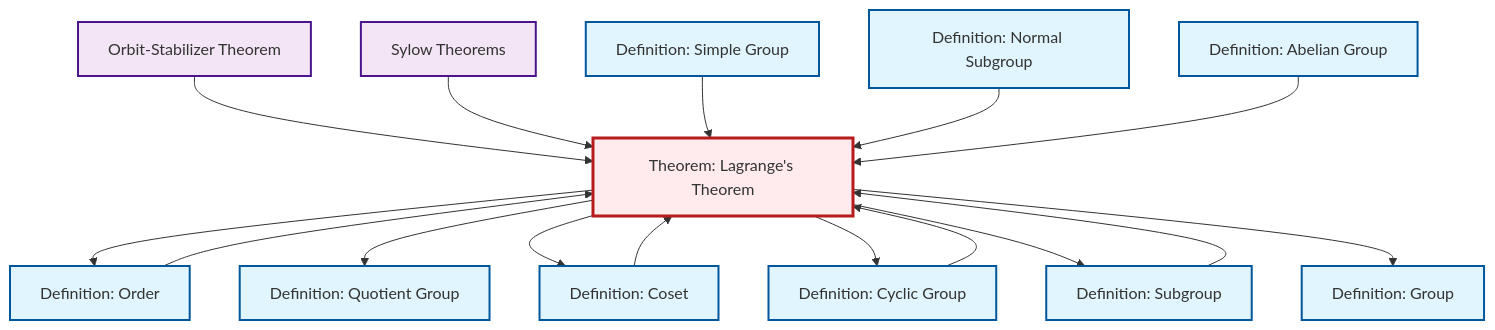
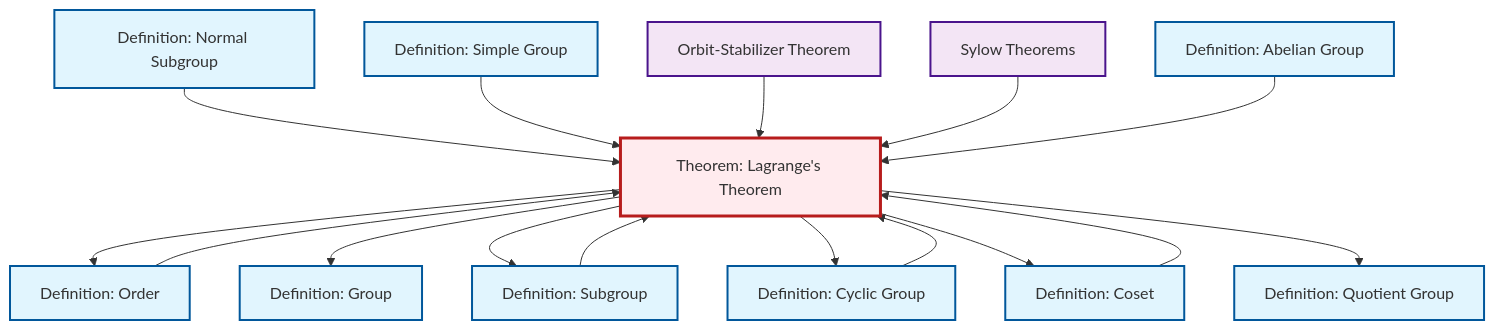
Before and after one commit to RK0429/ModernMath: the diagram in content/en/algebra/thm-lagrange.qmd, drawn with Mermaid. The commit also changed other lines of this file and 619 other files, not shown here.

````diff
--- a/content/en/algebra/thm-lagrange.qmd
+++ b/content/en/algebra/thm-lagrange.qmd
@@ -52,48 +52,48 @@
 ```{mermaid}
 %%| fig-cap: "Local dependency graph"
 graph TD
     classDef definition fill:#e1f5fe,stroke:#01579b,stroke-width:2px
     classDef theorem fill:#f3e5f5,stroke:#4a148c,stroke-width:2px
     classDef axiom fill:#fff3e0,stroke:#e65100,stroke-width:2px
     classDef example fill:#e8f5e9,stroke:#1b5e20,stroke-width:2px
     classDef current fill:#ffebee,stroke:#b71c1c,stroke-width:3px
+    def-normal-subgroup["Definition: Normal Subgroup"]:::definition
+    def-abelian-group["Definition: Abelian Group"]:::definition
     thm-lagrange["Theorem: Lagrange's Theorem"]:::theorem
-    def-order["Definition: Order"]:::definition
+    def-group["Definition: Group"]:::definition
     def-cyclic-group["Definition: Cyclic Group"]:::definition
     def-simple-group["Definition: Simple Group"]:::definition
+    def-subgroup["Definition: Subgroup"]:::definition
+    def-quotient-group["Definition: Quotient Group"]:::definition
+    def-coset["Definition: Coset"]:::definition
     thm-sylow["Sylow Theorems"]:::theorem
-    def-coset["Definition: Coset"]:::definition
     thm-orbit-stabilizer["Orbit-Stabilizer Theorem"]:::theorem
-    def-quotient-group["Definition: Quotient Group"]:::definition
-    def-normal-subgroup["Definition: Normal Subgroup"]:::definition
-    def-abelian-group["Definition: Abelian Group"]:::definition
-    def-subgroup["Definition: Subgroup"]:::definition
-    def-group["Definition: Group"]:::definition
+    def-order["Definition: Order"]:::definition
+    def-cyclic-group --> thm-lagrange
+    def-normal-subgroup --> thm-lagrange
+    def-simple-group --> thm-lagrange
+    def-subgroup --> thm-lagrange
     thm-orbit-stabilizer --> thm-lagrange
     thm-lagrange --> def-order
-    def-coset --> thm-lagrange
-    thm-lagrange --> def-quotient-group
+    thm-lagrange --> def-group
+    thm-lagrange --> def-subgroup
+    thm-lagrange --> def-cyclic-group
     thm-sylow --> thm-lagrange
     thm-lagrange --> def-coset
-    thm-lagrange --> def-cyclic-group
-    def-cyclic-group --> thm-lagrange
+    def-abelian-group --> thm-lagrange
     def-order --> thm-lagrange
-    def-simple-group --> thm-lagrange
-    thm-lagrange --> def-subgroup
-    def-normal-subgroup --> thm-lagrange
-    def-abelian-group --> thm-lagrange
-    def-subgroup --> thm-lagrange
-    thm-lagrange --> def-group
+    thm-lagrange --> def-quotient-group
+    def-coset --> thm-lagrange
     class thm-lagrange current
-    click def-order "def-order.html" "Go to Order definition"
+    click def-normal-subgroup "def-normal-subgroup.html" "Go to Normal Subgroup definition"
+    click def-abelian-group "def-abelian-group.html" "Go to Abelian Group definition"
+    click def-group "def-group.html" "Go to Group definition"
     click def-cyclic-group "def-cyclic-group.html" "Go to Cyclic Group definition"
     click def-simple-group "def-simple-group.html" "Go to Simple Group definition"
+    click def-subgroup "def-subgroup.html" "Go to Subgroup definition"
+    click def-quotient-group "def-quotient-group.html" "Go to Quotient Group definition"
+    click def-coset "def-coset.html" "Go to Coset definition"
     click thm-sylow "thm-sylow.html" "Go to Sylow Theorems"
-    click def-coset "def-coset.html" "Go to Coset definition"
     click thm-orbit-stabilizer "thm-orbit-stabilizer.html" "Go to Orbit-Stabilizer Theorem"
-    click def-quotient-group "def-quotient-group.html" "Go to Quotient Group definition"
-    click def-normal-subgroup "def-normal-subgroup.html" "Go to Normal Subgroup definition"
-    click def-abelian-group "def-abelian-group.html" "Go to Abelian Group definition"
-    click def-subgroup "def-subgroup.html" "Go to Subgroup definition"
-    click def-group "def-group.html" "Go to Group definition"
+    click def-order "def-order.html" "Go to Order definition"
 ```
````
